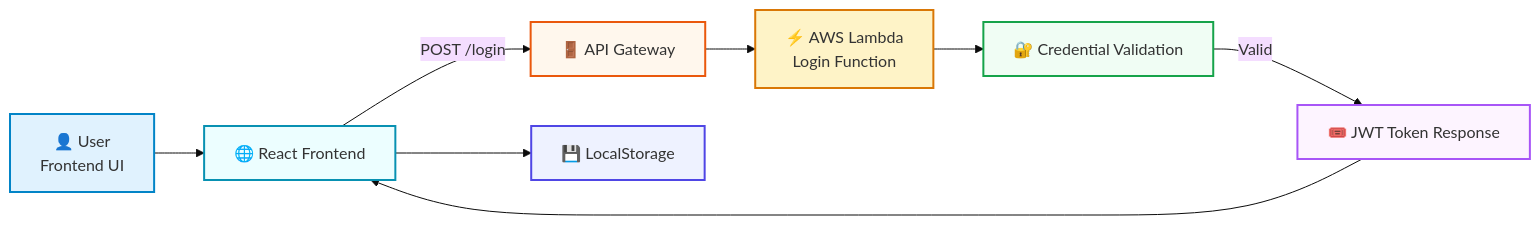
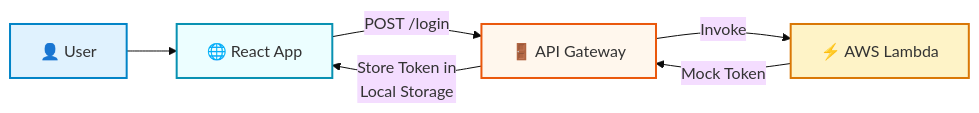
One commit to Iconic-017/task-management-app changed the diagram in README.md. Above: the diagram before and after it, drawn with Mermaid (base theme).

````diff
--- a/README.md
+++ b/README.md
@@ -35,26 +35,15 @@
 ```mermaid
 flowchart LR
-   U[👤 User<br/>Frontend UI]:::user
-   FE[🌐 React Frontend]:::frontend
-   APIGW[🚪 API Gateway]:::apigw
-   LAMBDA[⚡ AWS Lambda<br/>Login Function]:::lambda
-   AUTH[🔐 Credential Validation]:::logic
-   TOKEN[🎟️ JWT Token Response]:::token
-   STORAGE[💾 LocalStorage]:::storage
+    U[👤 User]:::user --> A[🌐 React App]:::app
+    A -->|POST /login| G[🚪 API Gateway]:::gateway
+    G -->|Invoke| L[⚡ AWS Lambda]:::lambda
+    L -->|Mock Token| G
+    G -->|Store Token in 
+         Local Storage| A
 
-   U --> FE
-   FE -->|POST /login| APIGW
-   APIGW --> LAMBDA
-   LAMBDA --> AUTH
-   AUTH -->|Valid| TOKEN
-   TOKEN --> FE
-   FE --> STORAGE
+    classDef user fill:#E0F2FE,stroke:#0284C7,stroke-width:2px
+    classDef app fill:#ECFEFF,stroke:#0891B2,stroke-width:2px
+    classDef gateway fill:#FFF7ED,stroke:#EA580C,stroke-width:2px
+    classDef lambda fill:#FEF3C7,stroke:#D97706,stroke-width:2px
 
-   classDef user fill:#E0F2FE,stroke:#0284C7,stroke-width:2px
-   classDef frontend fill:#ECFEFF,stroke:#0891B2,stroke-width:2px
-   classDef apigw fill:#FFF7ED,stroke:#EA580C,stroke-width:2px
-   classDef lambda fill:#FEF3C7,stroke:#D97706,stroke-width:2px
-   classDef logic fill:#F0FDF4,stroke:#16A34A,stroke-width:2px
-   classDef token fill:#FDF4FF,stroke:#A855F7,stroke-width:2px
-   classDef storage fill:#EEF2FF,stroke:#4F46E5,stroke-width:2px
 ```
````
